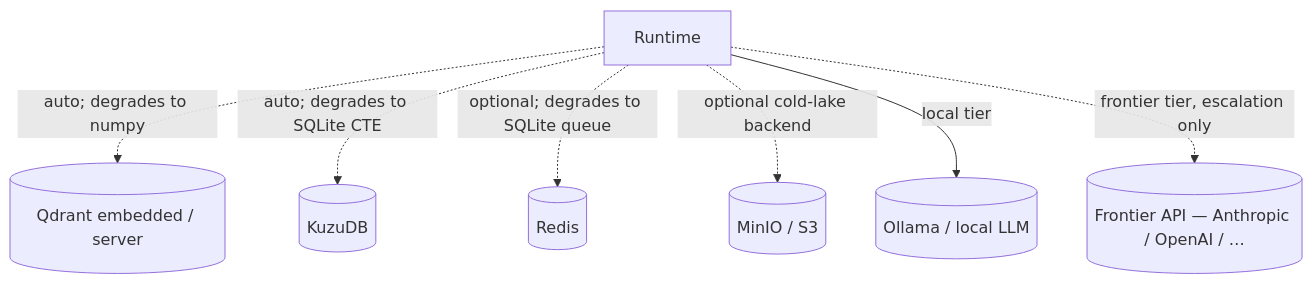
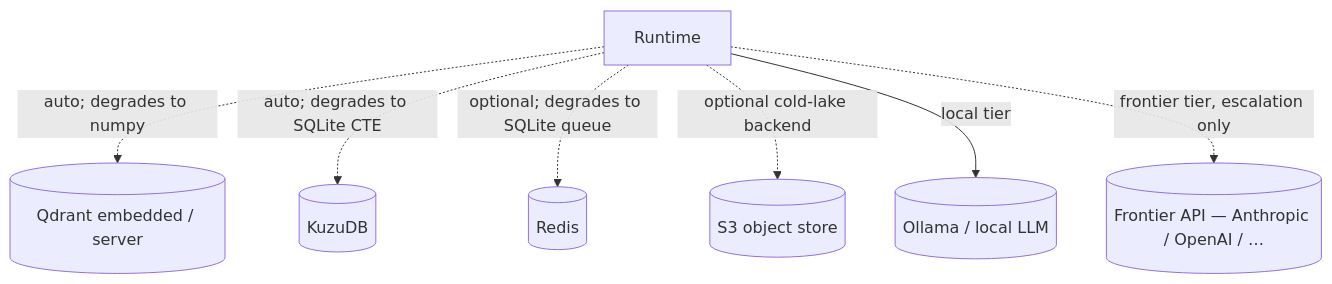
Before and after one commit to devansh1012007/Personal_AI_Automations_OS: the second of 2 diagrams in docs/architecture/component-interactions.md, drawn with Mermaid. The commit also changed 15 other files, not shown here.

````diff
--- a/docs/architecture/component-interactions.md
+++ b/docs/architecture/component-interactions.md
@@ -64,17 +64,17 @@
 ```mermaid
 flowchart TD
     RT[Runtime]
     Qdrant[(Qdrant embedded / server)]
     Kuzu[(KuzuDB)]
     Redis[(Redis)]
-    MinIO[(MinIO / S3)]
+    S3[(S3 object store)]
     Ollama[(Ollama / local LLM)]
     Frontier[(Frontier API — Anthropic / OpenAI / …)]
 
     RT -.->|auto; degrades to numpy| Qdrant
     RT -.->|auto; degrades to SQLite CTE| Kuzu
     RT -.->|optional; degrades to SQLite queue| Redis
-    RT -.->|optional cold-lake backend| MinIO
+    RT -.->|optional cold-lake backend| S3
     RT -->|local tier| Ollama
     RT -.->|frontier tier, escalation only| Frontier
 ```
````
